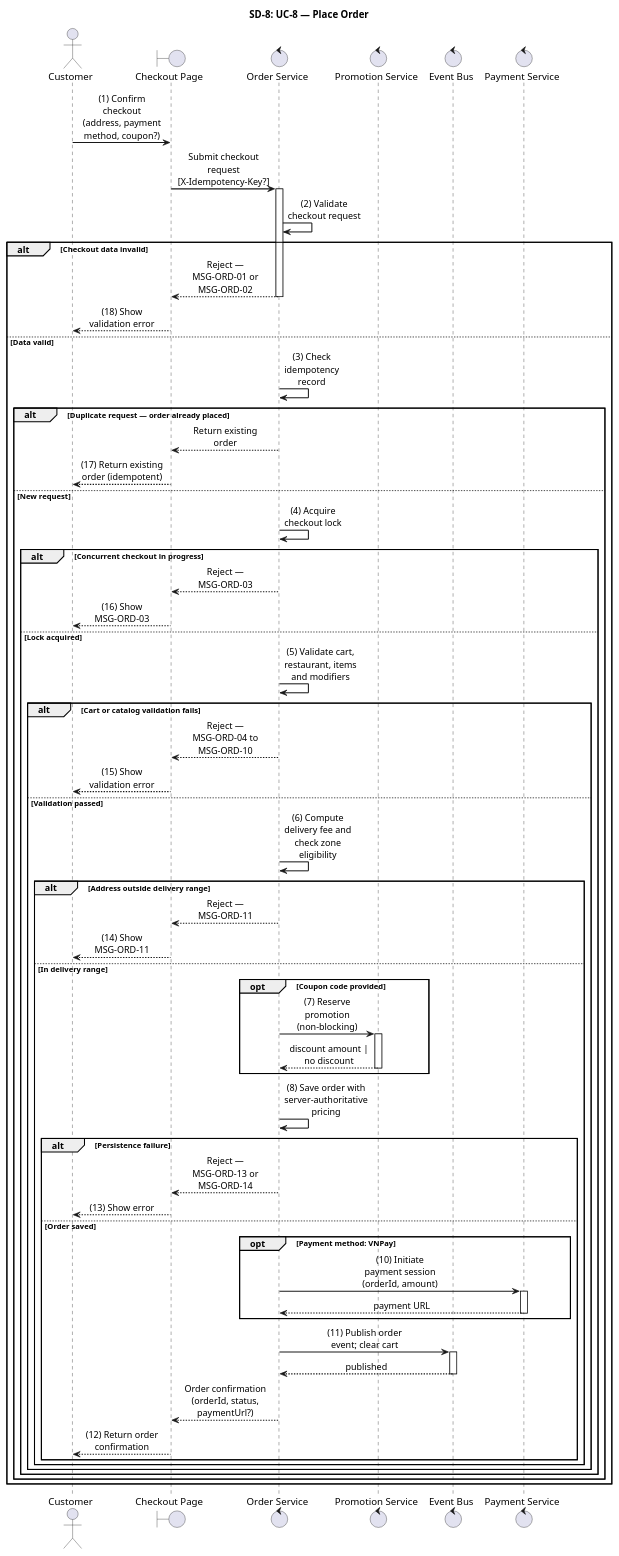
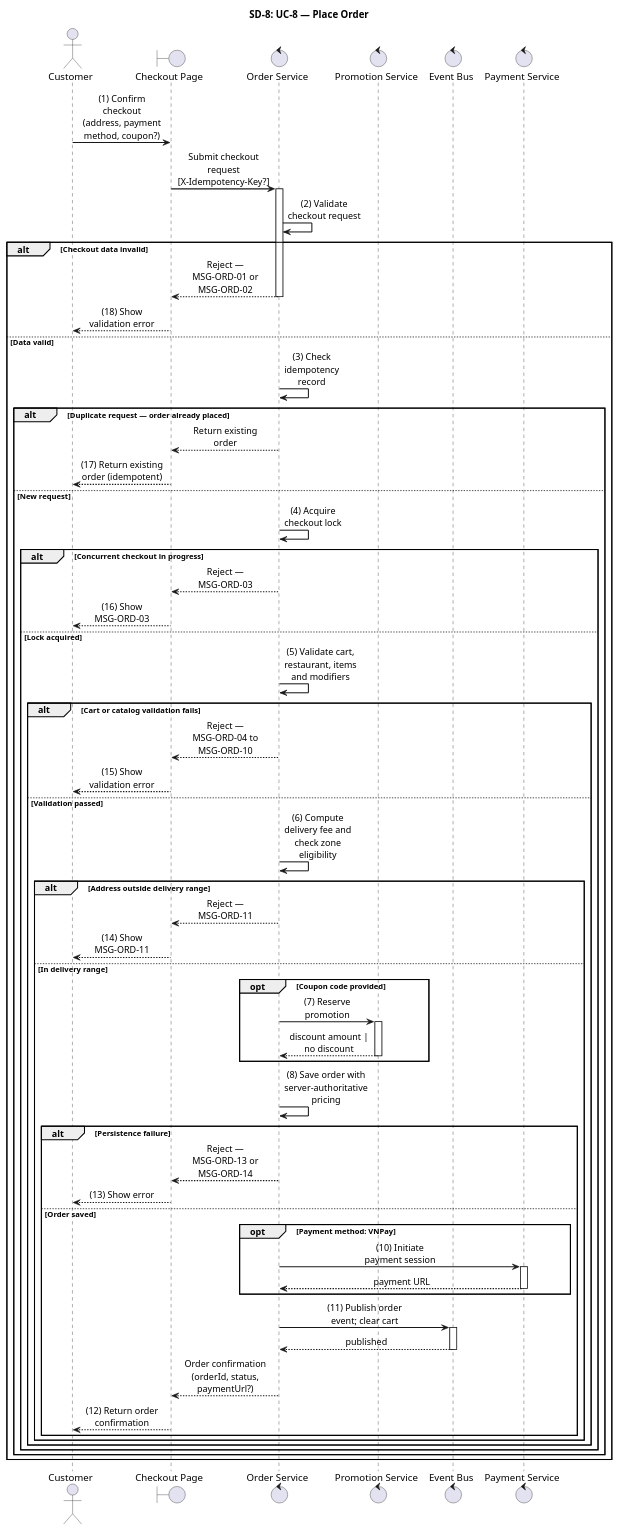
Before and after one commit to luubinhdeptrai/Food_Delivery: the eighth of 26 diagrams in apps/api/docs/Final_Documents/SRS_SequenceDiagrams.md, drawn with PlantUML. The commit also changed other lines of this file, not shown here.

Commit message:
add sequence diagram 11-26

```diff
--- a/apps/api/docs/Final_Documents/SRS_SequenceDiagrams.md
+++ b/apps/api/docs/Final_Documents/SRS_SequenceDiagrams.md
@@ -637,7 +653,7 @@
                 else In delivery range
 
                     opt Coupon code provided
-                        OrderSvc -> PromSvc : (7) Reserve promotion (non-blocking)
+                        OrderSvc -> PromSvc : (7) Reserve promotion 
                         activate PromSvc
                         PromSvc --> OrderSvc : discount amount | no discount
                         deactivate PromSvc
@@ -652,7 +668,7 @@
                     else Order saved
 
                         opt Payment method: VNPay
-                            OrderSvc -> PaySvc : (10) Initiate payment session\n(orderId, amount)
+                            OrderSvc -> PaySvc : (10) Initiate payment session
                             activate PaySvc
                             PaySvc --> OrderSvc : payment URL
                             deactivate PaySvc
```
